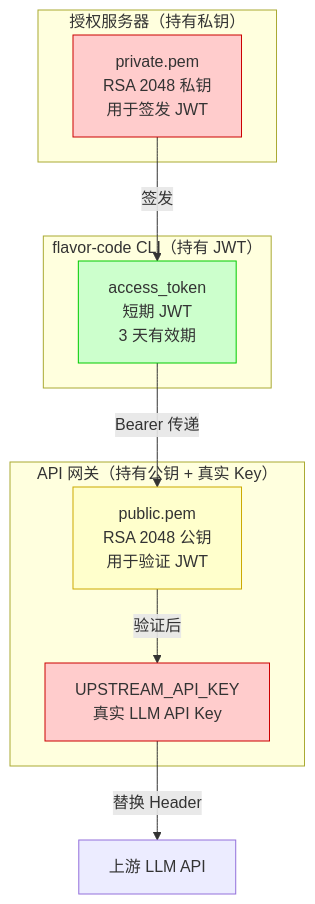
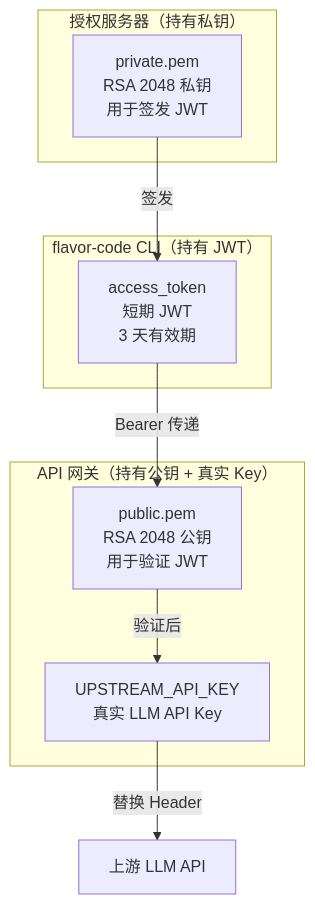
Before and after one commit to YachuanWzh/flavor-code: diagram 38 of 45 in 技术方案报告.md, drawn with Mermaid. The commit also changed other lines of this file and 6 other files, not shown here.

````diff
--- a/技术方案报告.md
+++ b/技术方案报告.md
@@ -3550,28 +3690,20 @@
 ```mermaid
 flowchart TD
     subgraph "授权服务器（持有私钥）"
         PRIV["private.pem<br/>RSA 2048 私钥<br/>用于签发 JWT"]
     end
 
     subgraph "API 网关（持有公钥 + 真实 Key）"
         PUB["public.pem<br/>RSA 2048 公钥<br/>用于验证 JWT"]
         REAL["UPSTREAM_API_KEY<br/>真实 LLM API Key"]
     end
 
     subgraph "flavor-code CLI（持有 JWT）"
         JWT["access_token<br/>短期 JWT<br/>3 天有效期"]
     end
 
     PRIV --"签发"--> JWT
     JWT --"Bearer 传递"--> PUB
     PUB --"验证后"--> REAL
     REAL --"替换 Header"--> LLM["上游 LLM API"]
-
-    classDef private fill:#ffcccc,stroke:#cc0000
-    classDef shared fill:#ffffcc,stroke:#ccaa00
-    classDef temp fill:#ccffcc,stroke:#00cc00
-
-    class PRIV,REAL private
-    class PUB shared
-    class JWT temp
 ```
````
